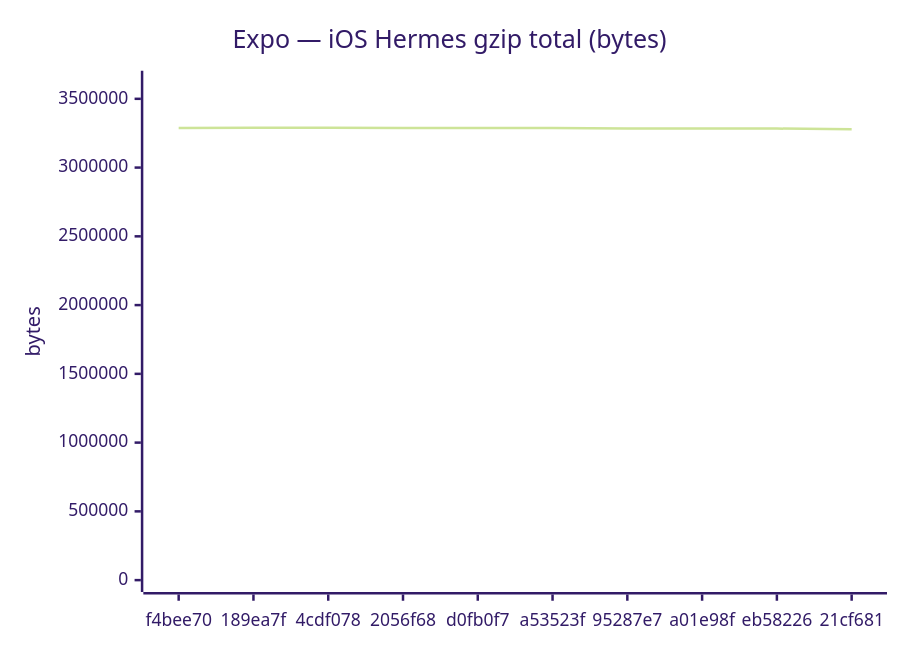
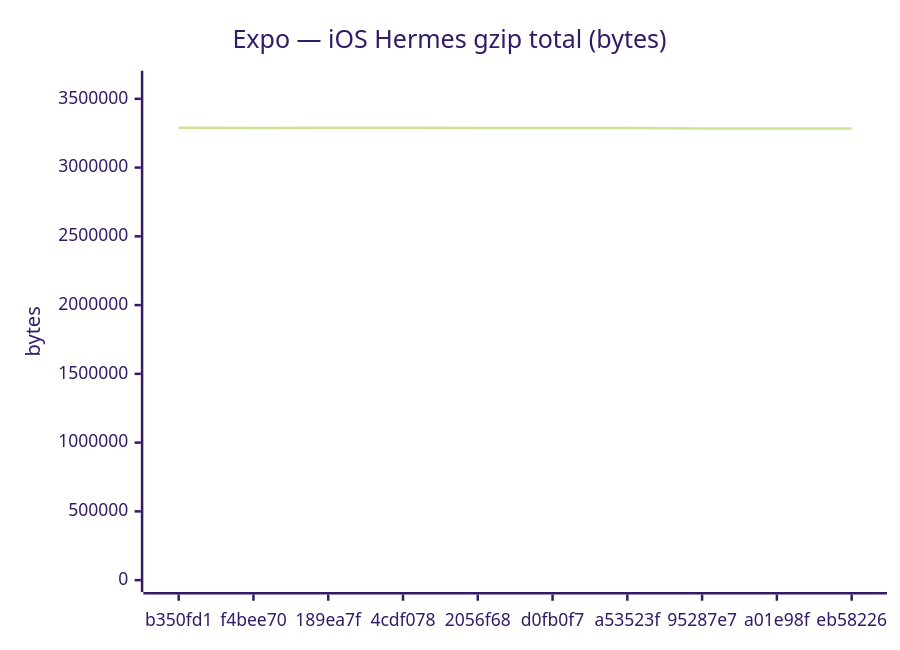
The sixth of 18 diagrams in benchmarks/compare.md (Metaheurist/Rianell), drawn with Mermaid (forest theme) before and after one commit. The commit also changed other lines of this file and 11 other files, not shown here.

````diff
--- a/benchmarks/compare.md
+++ b/benchmarks/compare.md
@@ -96,7 +96,7 @@
 ```mermaid
 xychart-beta
     title "Expo — iOS Hermes gzip total (bytes)"
-    x-axis ["f4bee70", "189ea7f", "4cdf078", "2056f68", "d0fb0f7", "a53523f", "95287e7", "a01e98f", "eb58226", "21cf681"]
+    x-axis ["b350fd1", "f4bee70", "189ea7f", "4cdf078", "2056f68", "d0fb0f7", "a53523f", "95287e7", "a01e98f", "eb58226"]
     y-axis "bytes" 0 --> 3617765
-    line [3288399, 3288861, 3288877, 3288270, 3288272, 3288270, 3283767, 3283770, 3283769, 3278198]
+    line [3288856, 3288399, 3288861, 3288877, 3288270, 3288272, 3288270, 3283767, 3283770, 3283769]
 ```
````
